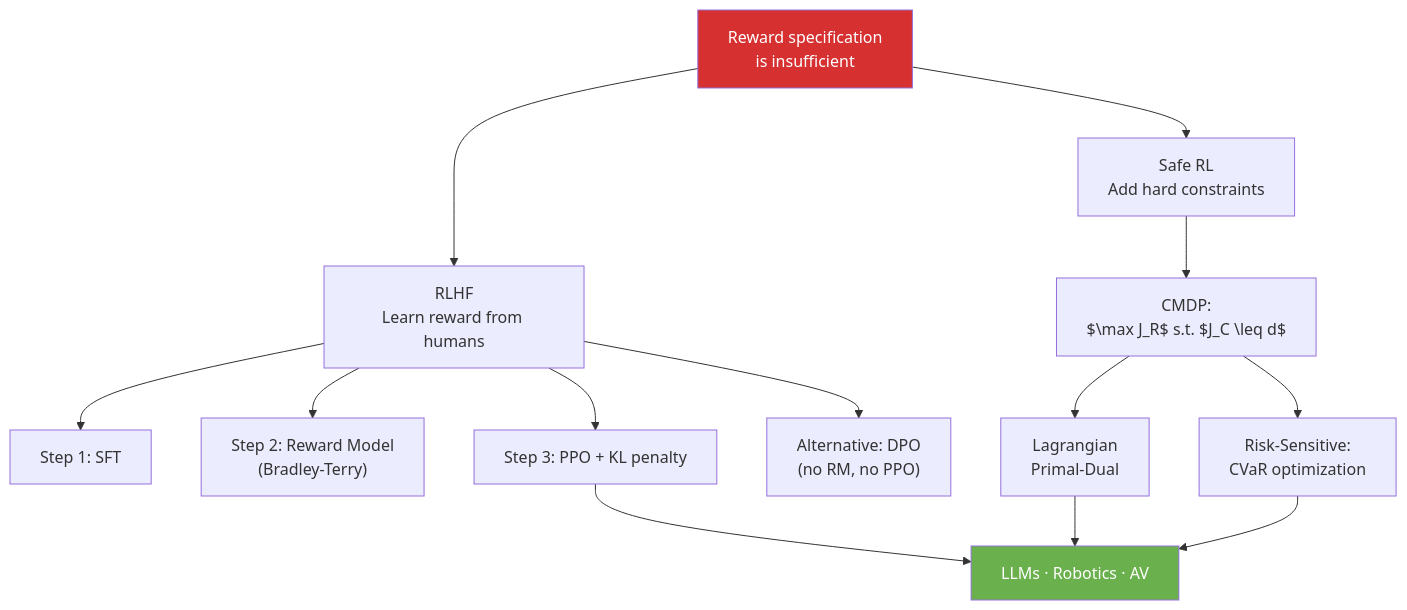
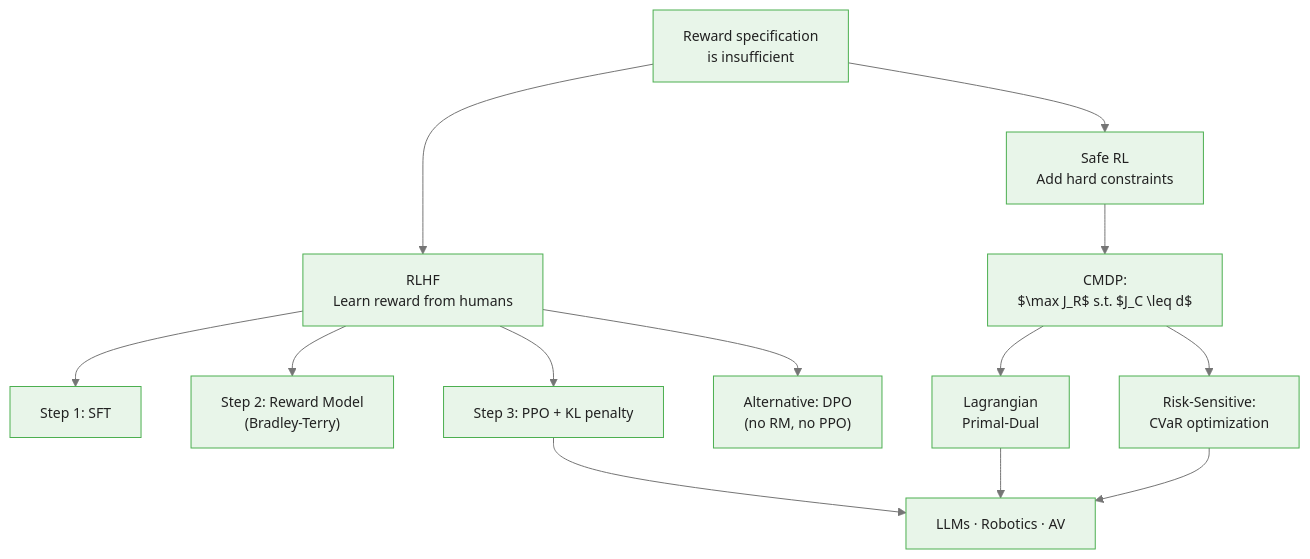
One commit to m-deane/course-creator changed the fifth of 5 diagrams in courses/reinforcement-learning/modules/module_09_frontiers/guides/03_rlhf_and_safety_slides.md. Above: the diagram before and after it, drawn with Mermaid. The commit also changed other lines of this file and 131 other files, not shown here.

````diff
--- a/courses/reinforcement-learning/modules/module_09_frontiers/guides/03_rlhf_and_safety_slides.md
+++ b/courses/reinforcement-learning/modules/module_09_frontiers/guides/03_rlhf_and_safety_slides.md
@@ -348,21 +372,20 @@
 ```mermaid
+%%{init: {"theme": "base", "themeVariables": {"primaryColor": "#e8f5e9", "primaryBorderColor": "#4caf50", "primaryTextColor": "#212121", "secondaryColor": "#e3f2fd", "tertiaryColor": "#fff8e1", "lineColor": "#757575", "fontFamily": "Inter, sans-serif", "fontSize": "14px"}}}%%
 flowchart TD
     Problem["Reward specification\nis insufficient"] --> RLHF["RLHF\nLearn reward from humans"]
     Problem --> SafeRL["Safe RL\nAdd hard constraints"]
 
     RLHF --> SFT2["Step 1: SFT"]
     RLHF --> RM2["Step 2: Reward Model\n(Bradley-Terry)"]
     RLHF --> PPO2["Step 3: PPO + KL penalty"]
     RLHF --> DPO2["Alternative: DPO\n(no RM, no PPO)"]
 
     SafeRL --> CMDP["CMDP:\n$\max J_R$ s.t. $J_C \leq d$"]
     CMDP --> Lag["Lagrangian\nPrimal-Dual"]
     CMDP --> CVaR["Risk-Sensitive:\nCVaR optimization"]
 
     PPO2 --> Apps2["LLMs · Robotics · AV"]
     Lag --> Apps2
     CVaR --> Apps2
 
-    style Problem fill:#d63031,color:#fff
-    style Apps2 fill:#6ab04c,color:#fff
 ```
````
